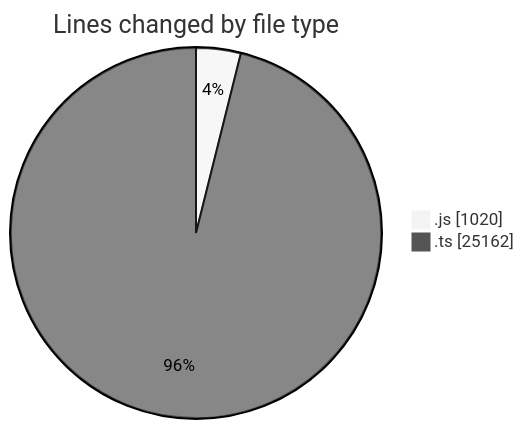
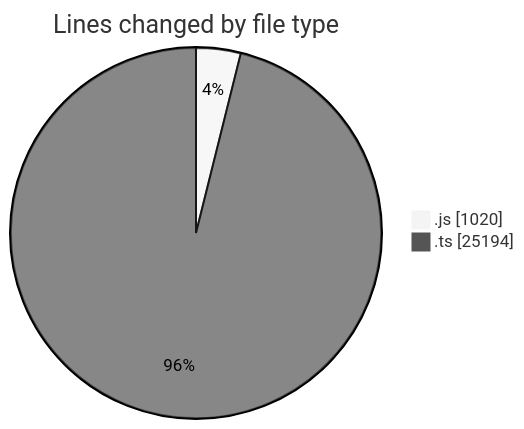
One commit to momahboobian/code-tracking changed the first of 2 diagrams in 2026-01-15/cda/README.md. Above: the diagram before and after it, drawn with Mermaid (neutral theme). The commit also changed other lines of this file and 1 other file, not shown here.

````diff
--- a/2026-01-15/cda/README.md
+++ b/2026-01-15/cda/README.md
@@ -27,6 +27,6 @@
 ```mermaid
 pie showData
 title Lines changed by file type
 ".js" : 1020
-".ts" : 25162
+".ts" : 25194
 ```
````
